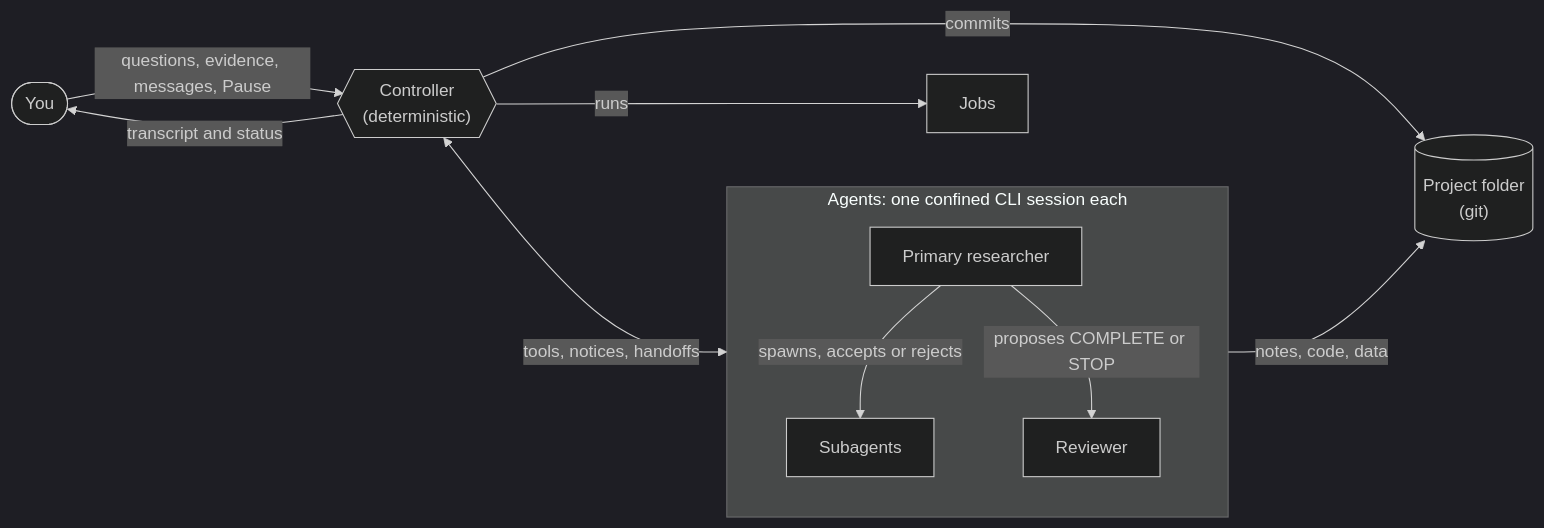
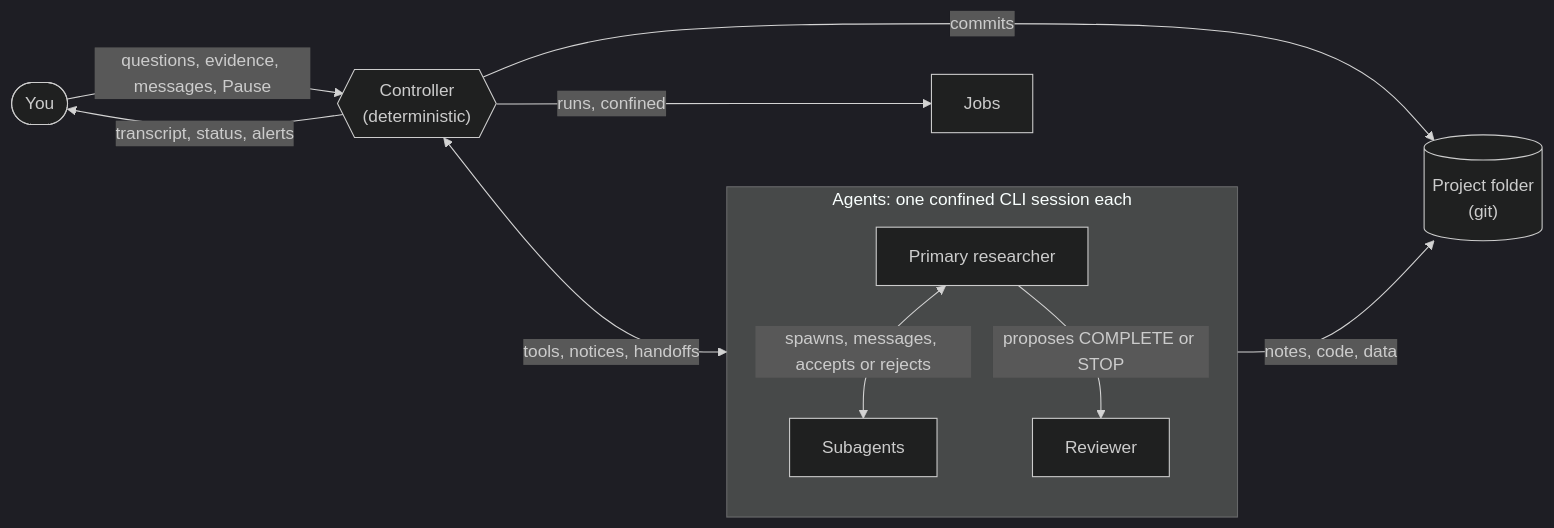
Before and after one commit to OtiDioti/research_pipeline: the diagram in README.md, drawn with Mermaid (dark theme). The commit also changed other lines of this file and 30 other files, not shown here.

````diff
--- a/README.md
+++ b/README.md
@@ -10,13 +10,13 @@
 ```mermaid
 flowchart LR
     You([You]) -->|questions, evidence, messages, Pause| C{{"Controller<br/>(deterministic)"}}
-    C -->|transcript and status| You
+    C -->|transcript, status, alerts| You
     C <-->|tools, notices, handoffs| A
     subgraph A ["Agents: one confined CLI session each"]
-        P[Primary researcher] -->|spawns, accepts or rejects| S[Subagents]
+        P[Primary researcher] <-->|spawns, messages, accepts or rejects| S[Subagents]
         P -->|proposes COMPLETE or STOP| R[Reviewer]
     end
-    C -->|runs| J[Jobs]
+    C -->|runs, confined| J[Jobs]
     A -->|notes, code, data| F[("Project folder<br/>(git)")]
     C -->|commits| F
 ```
````
